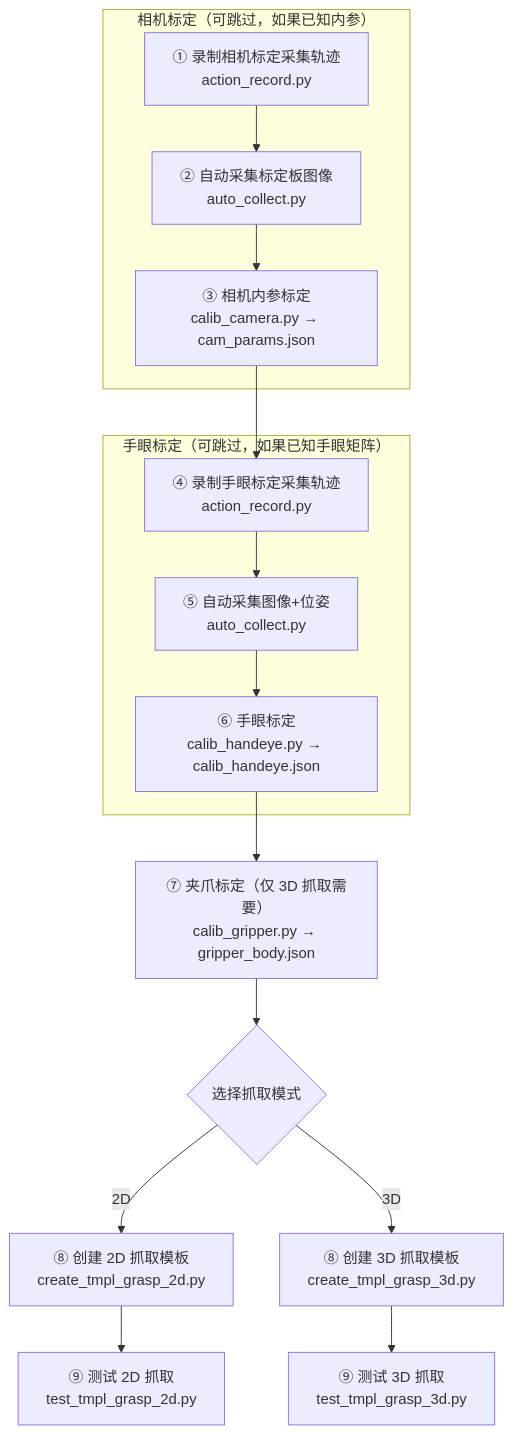
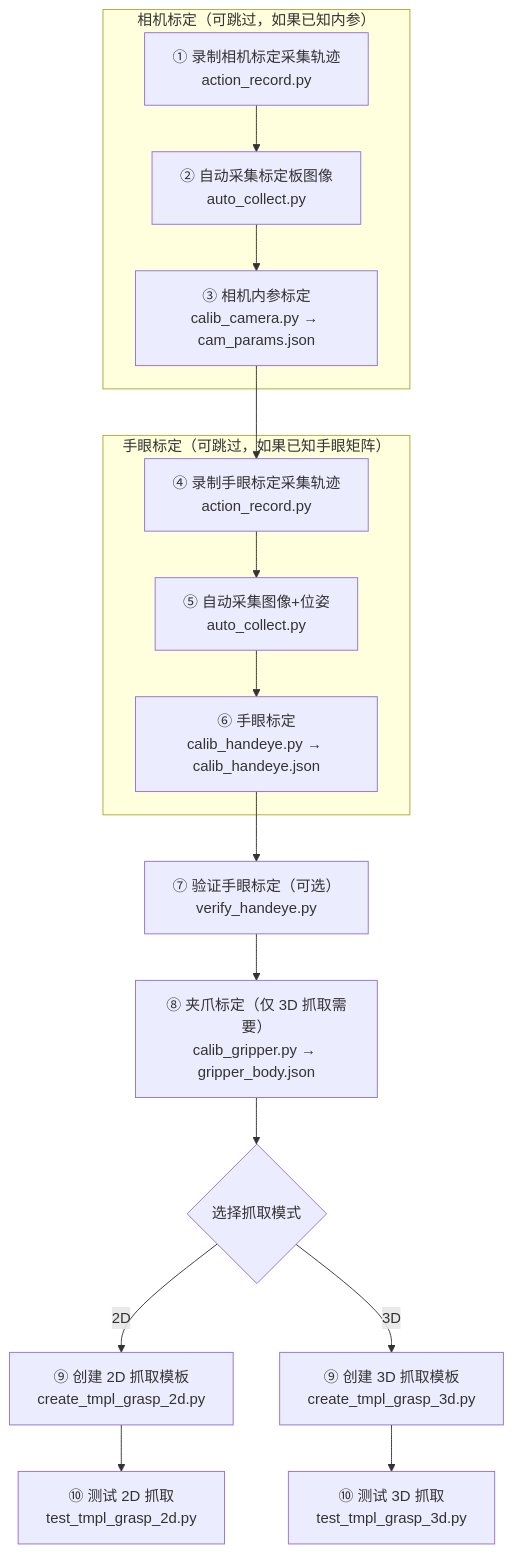
The diagram in README.md (cvte-robotics/carm_grasp), drawn with Mermaid before and after one commit. The commit also changed other lines of this file and 26 other files, not shown here.

````diff
--- a/README.md
+++ b/README.md
@@ -190,18 +191,19 @@
 ```mermaid
 flowchart TD
     subgraph camera_calib ["相机标定（可跳过，如果已知内参）"]
         A1["① 录制相机标定采集轨迹<br/>action_record.py"] --> A2["② 自动采集标定板图像<br/>auto_collect.py"]
         A2 --> A3["③ 相机内参标定<br/>calib_camera.py → cam_params.json"]
     end
     subgraph handeye_calib ["手眼标定（可跳过，如果已知手眼矩阵）"]
         B1["④ 录制手眼标定采集轨迹<br/>action_record.py"] --> B2["⑤ 自动采集图像+位姿<br/>auto_collect.py"]
         B2 --> B3["⑥ 手眼标定<br/>calib_handeye.py → calib_handeye.json"]
     end
     A3 --> B1
-    B3 --> C["⑦ 夹爪标定（仅 3D 抓取需要）<br/>calib_gripper.py → gripper_body.json"]
+    B3 --> V["⑦ 验证手眼标定（可选）<br/>verify_handeye.py"]
+    V --> C["⑧ 夹爪标定（仅 3D 抓取需要）<br/>calib_gripper.py → gripper_body.json"]
     C --> D{选择抓取模式}
-    D -->|2D| E["⑧ 创建 2D 抓取模板<br/>create_tmpl_grasp_2d.py"]
-    D -->|3D| F["⑧ 创建 3D 抓取模板<br/>create_tmpl_grasp_3d.py"]
-    E --> G["⑨ 测试 2D 抓取<br/>test_tmpl_grasp_2d.py"]
-    F --> H["⑨ 测试 3D 抓取<br/>test_tmpl_grasp_3d.py"]
+    D -->|2D| E["⑨ 创建 2D 抓取模板<br/>create_tmpl_grasp_2d.py"]
+    D -->|3D| F["⑨ 创建 3D 抓取模板<br/>create_tmpl_grasp_3d.py"]
+    E --> G["⑩ 测试 2D 抓取<br/>test_tmpl_grasp_2d.py"]
+    F --> H["⑩ 测试 3D 抓取<br/>test_tmpl_grasp_3d.py"]
 ```
````
